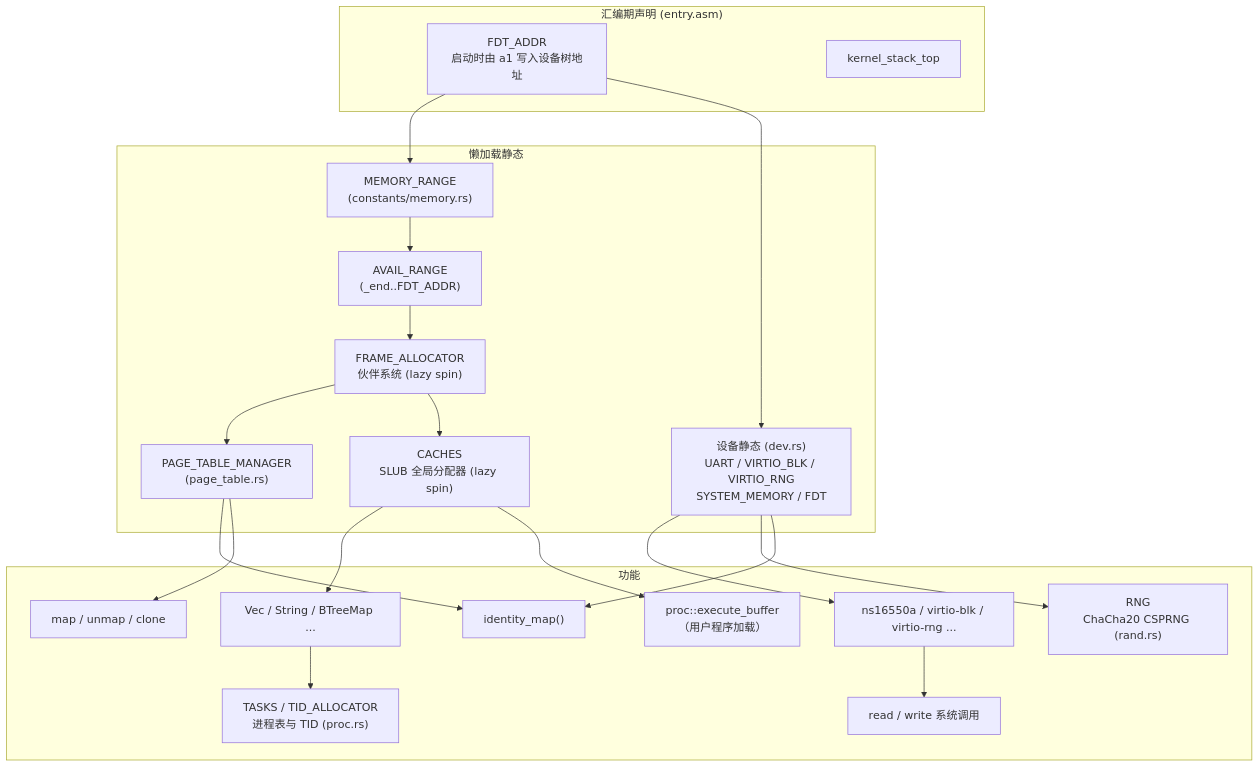
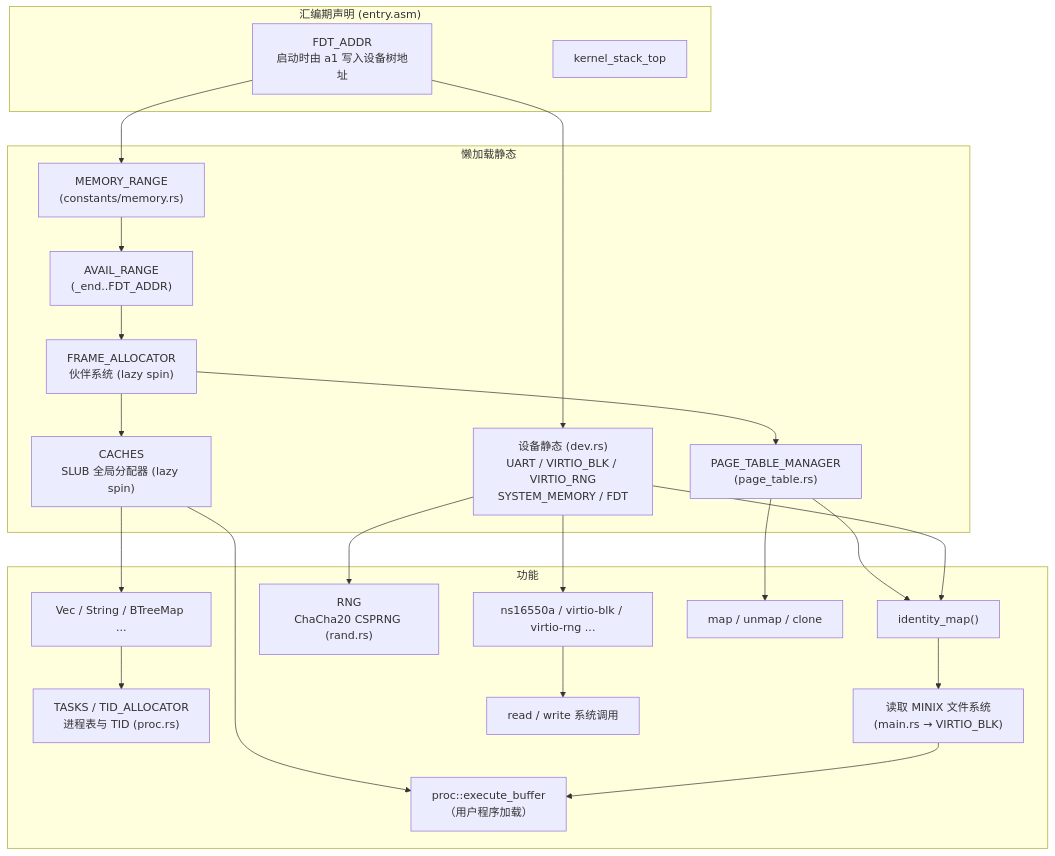
The diagram in README.md (NetSalmon/athera), drawn with Mermaid before and after one commit. The commit also changed other lines of this file and 3 other files, not shown here.

First line of the commit message:
refactor(fs): 清理 minix_fs 注释并调整格式 (main)

````diff
--- a/README.md
+++ b/README.md
@@ -186,28 +192,30 @@
 ```mermaid
 graph TD
     subgraph 汇编期声明["汇编期声明 (entry.asm)"]
         fdt_addr["FDT_ADDR<br/>启动时由 a1 写入设备树地址"]
         kernel_stack["kernel_stack_top"]
     end
 
     subgraph 懒加载静态
         fdt_addr --> memory_range["MEMORY_RANGE<br/>(constants/memory.rs)"]
         fdt_addr --> dev["设备静态 (dev.rs)<br/>UART / VIRTIO_BLK / VIRTIO_RNG<br/>SYSTEM_MEMORY / FDT"]
         memory_range --> avail_range["AVAIL_RANGE<br/>(_end..FDT_ADDR)"]
         avail_range --> frame_allocator["FRAME_ALLOCATOR<br/>伙伴系统 (lazy spin)"]
         frame_allocator --> page_table_mgr["PAGE_TABLE_MANAGER<br/>(page_table.rs)"]
         frame_allocator --> caches["CACHES<br/>SLUB 全局分配器 (lazy spin)"]
     end
 
     subgraph 功能
         caches --> alloc_structs["Vec / String / BTreeMap ..."]
         alloc_structs --> tasks["TASKS / TID_ALLOCATOR<br/>进程表与 TID (proc.rs)"]
         dev --> device["ns16550a / virtio-blk / virtio-rng ..."]
         dev --> rng["RNG<br/>ChaCha20 CSPRNG (rand.rs)"]
         page_table_mgr --> identity_map["identity_map()"]
         dev --> identity_map
+        identity_map --> minix_fs["读取 MINIX 文件系统<br/>(main.rs → VIRTIO_BLK)"]
         page_table_mgr --> map["map / unmap / clone"]
         caches --> exec["proc::execute_buffer<br/>（用户程序加载）"]
+        minix_fs --> exec
         device --> syscall["read / write 系统调用"]
     end
 ```
````
